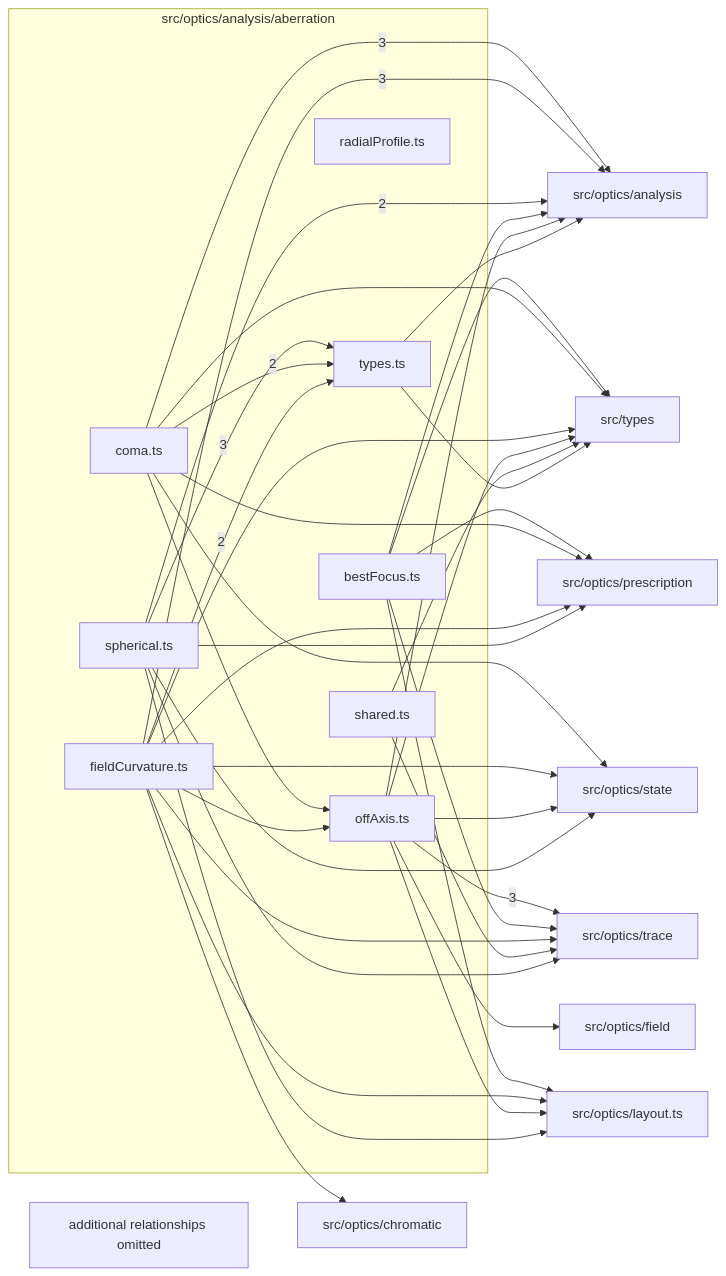
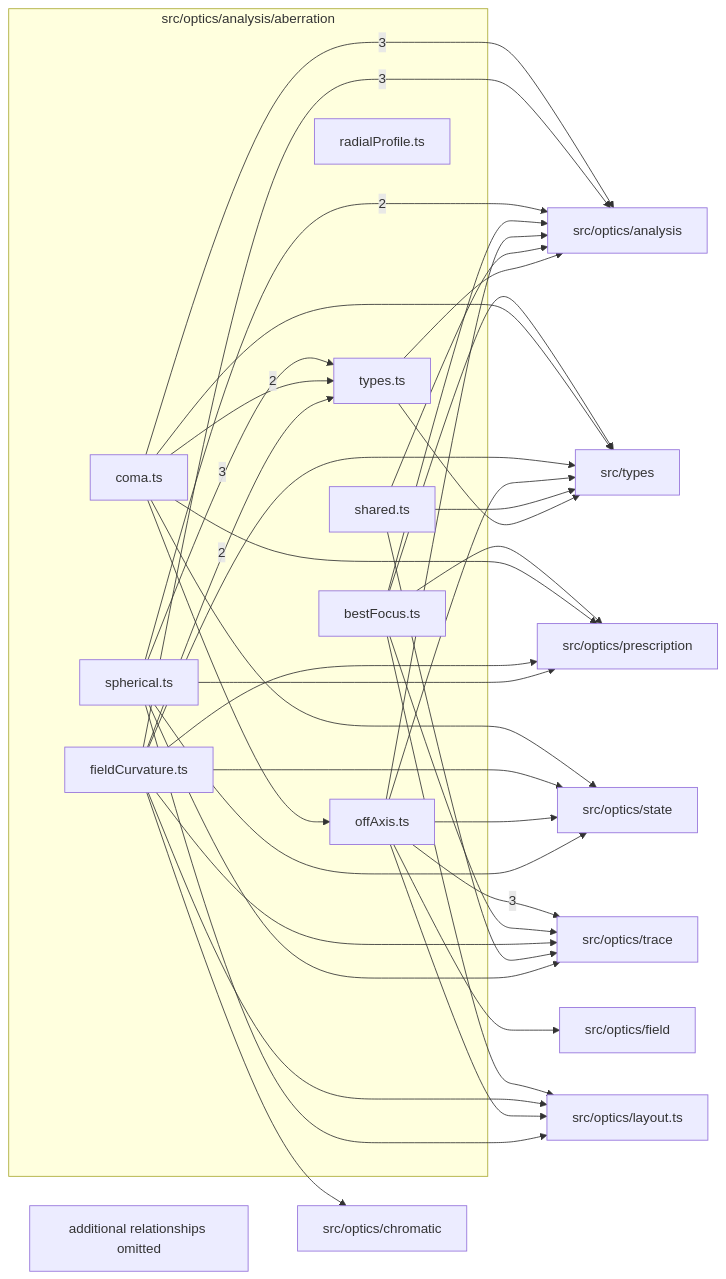
The diagram in src/optics/analysis/aberration/readme.md (ronbuening/LensVisualizer), drawn with Mermaid before and after one commit. The commit also changed other lines of this file and 34 other files, not shown here.

````diff
--- a/src/optics/analysis/aberration/readme.md
+++ b/src/optics/analysis/aberration/readme.md
@@ -9,58 +9,58 @@
 ```mermaid
 flowchart LR
   subgraph n_src_optics_analysis_aberration["src/optics/analysis/aberration"]
     n_src_optics_analysis_aberration_src_optics_analysis_aberration_bestFocus_ts["bestFocus.ts"]
     n_src_optics_analysis_aberration_src_optics_analysis_aberration_coma_ts["coma.ts"]
     n_src_optics_analysis_aberration_src_optics_analysis_aberration_fieldCurvature_ts["fieldCurvature.ts"]
     n_src_optics_analysis_aberration_src_optics_analysis_aberration_offAxis_ts["offAxis.ts"]
     n_src_optics_analysis_aberration_src_optics_analysis_aberration_radialProfile_ts["radialProfile.ts"]
     n_src_optics_analysis_aberration_src_optics_analysis_aberration_shared_ts["shared.ts"]
     n_src_optics_analysis_aberration_src_optics_analysis_aberration_spherical_ts["spherical.ts"]
     n_src_optics_analysis_aberration_src_optics_analysis_aberration_types_ts["types.ts"]
   end
   n_external_src_optics_analysis["src/optics/analysis"]
   n_external_src_optics_trace["src/optics/trace"]
   n_external_src_optics_chromatic["src/optics/chromatic"]
   n_external_src_optics_field["src/optics/field"]
   n_external_src_optics_layout_ts["src/optics/layout.ts"]
   n_external_src_optics_prescription["src/optics/prescription"]
   n_external_src_optics_state["src/optics/state"]
   n_external_src_types["src/types"]
   n_src_optics_analysis_aberration_src_optics_analysis_aberration_coma_ts --> |3| n_external_src_optics_analysis
   n_src_optics_analysis_aberration_src_optics_analysis_aberration_fieldCurvature_ts --> |3| n_external_src_optics_analysis
   n_src_optics_analysis_aberration_src_optics_analysis_aberration_offAxis_ts --> |3| n_external_src_optics_trace
   n_src_optics_analysis_aberration_src_optics_analysis_aberration_spherical_ts --> |3| n_src_optics_analysis_aberration_src_optics_analysis_aberration_types_ts
   n_src_optics_analysis_aberration_src_optics_analysis_aberration_spherical_ts --> |2| n_external_src_optics_analysis
   n_src_optics_analysis_aberration_src_optics_analysis_aberration_coma_ts --> |2| n_src_optics_analysis_aberration_src_optics_analysis_aberration_types_ts
   n_src_optics_analysis_aberration_src_optics_analysis_aberration_fieldCurvature_ts --> |2| n_src_optics_analysis_aberration_src_optics_analysis_aberration_types_ts
   n_src_optics_analysis_aberration_src_optics_analysis_aberration_bestFocus_ts --> n_external_src_optics_analysis
   n_src_optics_analysis_aberration_src_optics_analysis_aberration_offAxis_ts --> n_external_src_optics_analysis
+  n_src_optics_analysis_aberration_src_optics_analysis_aberration_shared_ts --> n_external_src_optics_analysis
   n_src_optics_analysis_aberration_src_optics_analysis_aberration_types_ts --> n_external_src_optics_analysis
   n_src_optics_analysis_aberration_src_optics_analysis_aberration_fieldCurvature_ts --> n_external_src_optics_chromatic
   n_src_optics_analysis_aberration_src_optics_analysis_aberration_offAxis_ts --> n_external_src_optics_field
   n_src_optics_analysis_aberration_src_optics_analysis_aberration_bestFocus_ts --> n_external_src_optics_layout_ts
   n_src_optics_analysis_aberration_src_optics_analysis_aberration_fieldCurvature_ts --> n_external_src_optics_layout_ts
   n_src_optics_analysis_aberration_src_optics_analysis_aberration_offAxis_ts --> n_external_src_optics_layout_ts
   n_src_optics_analysis_aberration_src_optics_analysis_aberration_spherical_ts --> n_external_src_optics_layout_ts
   n_src_optics_analysis_aberration_src_optics_analysis_aberration_bestFocus_ts --> n_external_src_optics_prescription
   n_src_optics_analysis_aberration_src_optics_analysis_aberration_coma_ts --> n_external_src_optics_prescription
   n_src_optics_analysis_aberration_src_optics_analysis_aberration_fieldCurvature_ts --> n_external_src_optics_prescription
   n_src_optics_analysis_aberration_src_optics_analysis_aberration_spherical_ts --> n_external_src_optics_prescription
   n_src_optics_analysis_aberration_src_optics_analysis_aberration_coma_ts --> n_external_src_optics_state
   n_src_optics_analysis_aberration_src_optics_analysis_aberration_fieldCurvature_ts --> n_external_src_optics_state
   n_src_optics_analysis_aberration_src_optics_analysis_aberration_offAxis_ts --> n_external_src_optics_state
   n_src_optics_analysis_aberration_src_optics_analysis_aberration_spherical_ts --> n_external_src_optics_state
   n_src_optics_analysis_aberration_src_optics_analysis_aberration_bestFocus_ts --> n_external_src_optics_trace
   n_src_optics_analysis_aberration_src_optics_analysis_aberration_fieldCurvature_ts --> n_external_src_optics_trace
   n_src_optics_analysis_aberration_src_optics_analysis_aberration_shared_ts --> n_external_src_optics_trace
   n_src_optics_analysis_aberration_src_optics_analysis_aberration_spherical_ts --> n_external_src_optics_trace
   n_src_optics_analysis_aberration_src_optics_analysis_aberration_bestFocus_ts --> n_external_src_types
   n_src_optics_analysis_aberration_src_optics_analysis_aberration_coma_ts --> n_external_src_types
   n_src_optics_analysis_aberration_src_optics_analysis_aberration_fieldCurvature_ts --> n_external_src_types
   n_src_optics_analysis_aberration_src_optics_analysis_aberration_offAxis_ts --> n_external_src_types
   n_src_optics_analysis_aberration_src_optics_analysis_aberration_shared_ts --> n_external_src_types
   n_src_optics_analysis_aberration_src_optics_analysis_aberration_types_ts --> n_external_src_types
   n_src_optics_analysis_aberration_src_optics_analysis_aberration_coma_ts --> n_src_optics_analysis_aberration_src_optics_analysis_aberration_offAxis_ts
-  n_src_optics_analysis_aberration_src_optics_analysis_aberration_fieldCurvature_ts --> n_src_optics_analysis_aberration_src_optics_analysis_aberration_offAxis_ts
   n_src_optics_analysis_aberration_truncated["additional relationships omitted"]
 ```
````
